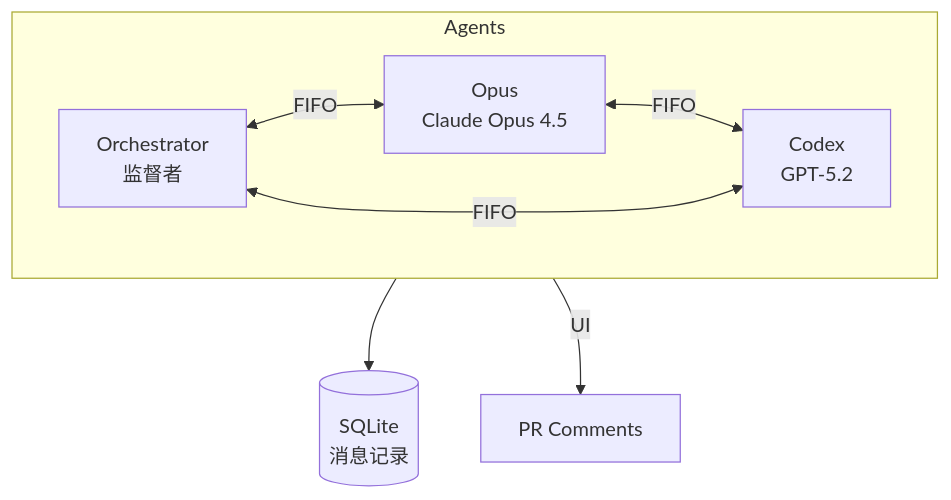
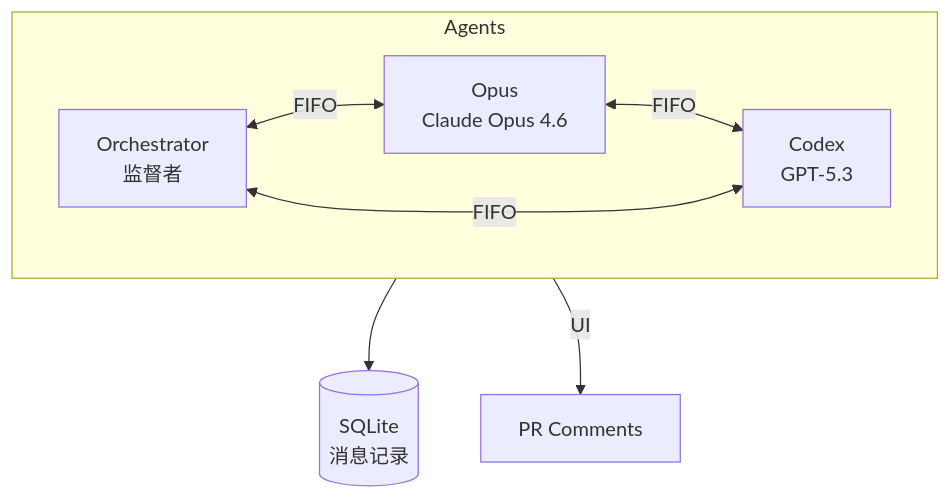
The second of 2 diagrams in skills/duoduo/SKILL.md (ryanflavor/.dotfiles), drawn with Mermaid before and after one commit. The commit also changed other lines of this file and 5 other files, not shown here.

Commit message:
chore: upgrade models to Claude Opus 4.6 and GPT-5.3

````diff
--- a/skills/duoduo/SKILL.md
+++ b/skills/duoduo/SKILL.md
@@ -88,17 +88,17 @@
 ```mermaid
 flowchart TB
     subgraph Agents
         Orchestrator[Orchestrator<br/>监督者]
-        Opus[Opus<br/>Claude Opus 4.5]
-        Codex[Codex<br/>GPT-5.2]
+        Opus[Opus<br/>Claude Opus 4.6]
+        Codex[Codex<br/>GPT-5.3]
         
         Opus <-->|FIFO| Codex
         Orchestrator <-->|FIFO| Opus
         Orchestrator <-->|FIFO| Codex
     end
     
     SQLite[(SQLite<br/>消息记录)]
     Agents --> SQLite
     
     Agents -->|UI| PR[PR Comments]
 ```
````
